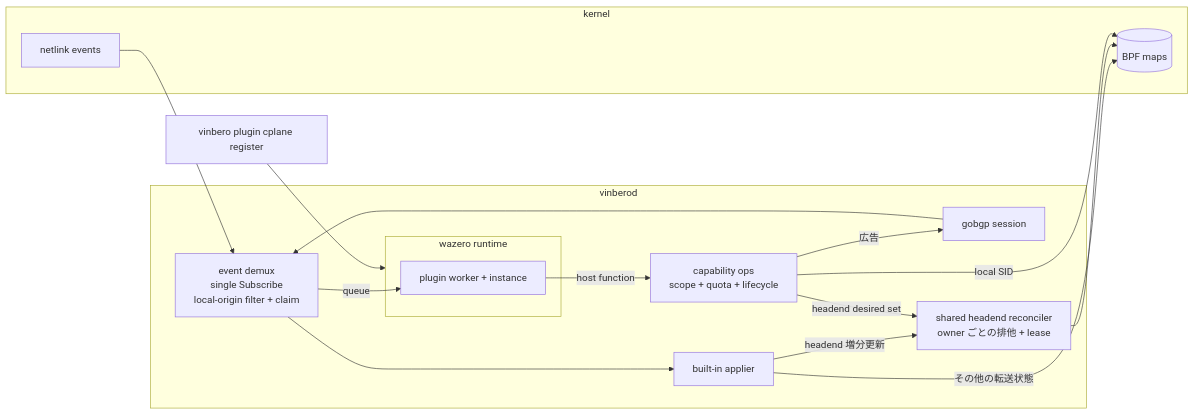
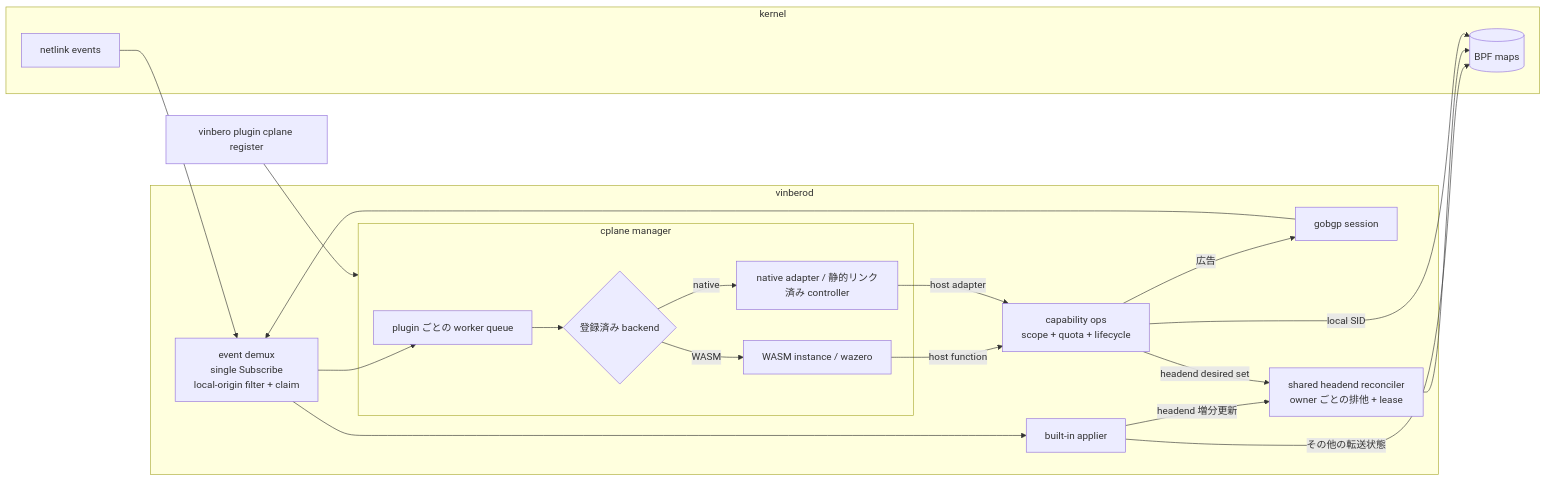
One commit to takehaya/Vinbero changed the second of 4 diagrams in docs/design/ja/cplane-plugin.md. Above: the diagram before and after it, drawn with Mermaid. The commit also changed other lines of this file and 7 other files, not shown here.

Commit message:
docs(cplane): guide dynamic WASM loading and fix SDK links

````diff
--- a/docs/design/ja/cplane-plugin.md
+++ b/docs/design/ja/cplane-plugin.md
@@ -68,31 +72,38 @@
 ```mermaid
 flowchart LR
     subgraph kernel
         MAPS[(BPF maps)]
         NL[netlink events]
     end
 
     subgraph vinberod
         GOBGP[gobgp session]
         DEMUX[event demux<br>single Subscribe<br>local-origin filter + claim]
         APPLIER[built-in applier]
         OPS[capability ops<br>scope + quota + lifecycle]
         HEADEND[shared headend reconciler<br>owner ごとの排他 + lease]
-        subgraph RT[wazero runtime]
-            W1[plugin worker + instance]
+        subgraph CM[cplane manager]
+            Q[plugin ごとの worker queue]
+            SELECT{登録済み backend}
+            W1[WASM instance / wazero]
+            N1[native adapter / 静的リンク済み controller]
         end
         GOBGP --> DEMUX
         NL --> DEMUX
         DEMUX --> APPLIER
-        DEMUX -->|queue| W1
+        DEMUX --> Q
+        Q --> SELECT
+        SELECT -->|WASM| W1
+        SELECT -->|native| N1
         APPLIER -->|headend 増分更新| HEADEND
         APPLIER -->|その他の転送状態| MAPS
         W1 -->|host function| OPS
+        N1 -->|host adapter| OPS
         OPS -->|headend desired set| HEADEND
         HEADEND --> MAPS
         OPS -->|local SID| MAPS
         OPS -->|広告| GOBGP
     end
 
-    CLI[vinbero plugin cplane register] --> RT
+    CLI[vinbero plugin cplane register] --> CM
 ```
````
